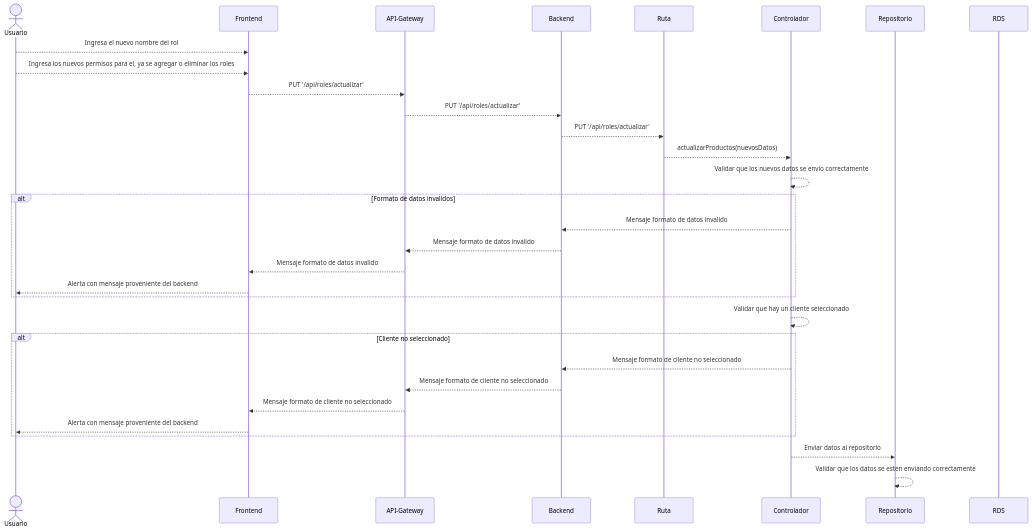
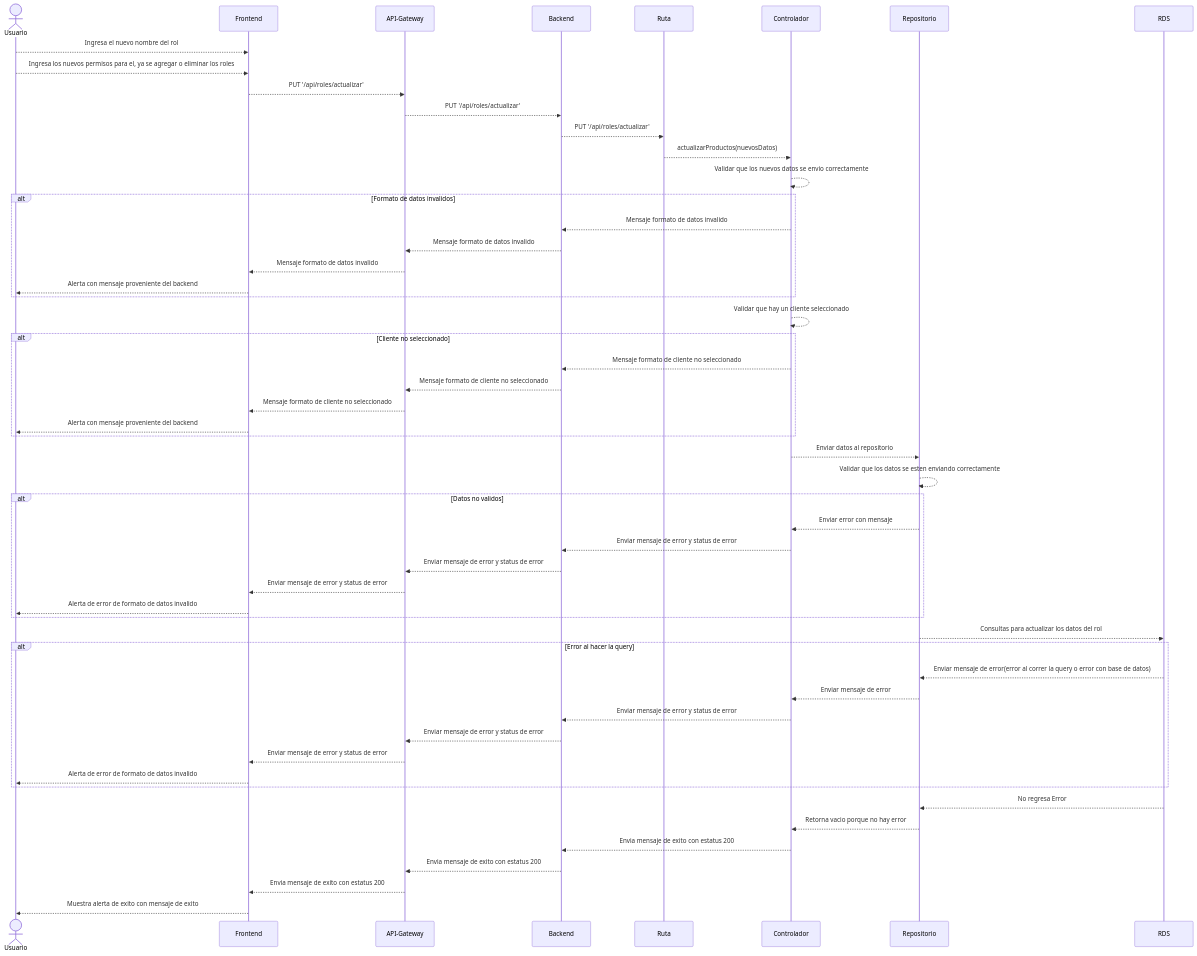
The diagram in documentation/docs/proyectos/textiles/documentacion/requisitos/RF9.md (CodeAnd-Co/Documentacion), drawn with Mermaid before and after one commit. The commit also changed other lines of this file, not shown here.

Commit message:
terminar diagrama de secuecnia RF9

````diff
--- a/documentation/docs/proyectos/textiles/documentacion/requisitos/RF9.md
+++ b/documentation/docs/proyectos/textiles/documentacion/requisitos/RF9.md
@@ -30,48 +30,75 @@
 ```mermaid
 
 sequenceDiagram
     actor Usuario
     
     participant frontend as Frontend
     participant api_gateway as API-Gateway
     participant backend as Backend
     participant ruta as Ruta
     participant controlador as Controlador
     participant repositorio as Repositorio
     participant rds as RDS
     
     
     Usuario -->> frontend: Ingresa el nuevo nombre del rol
     Usuario -->> frontend: Ingresa los nuevos permisos para el, ya se agregar o eliminar los roles
     
     frontend -->> api_gateway: PUT '/api/roles/actualizar'
     
     api_gateway -->> backend:  PUT '/api/roles/actualizar'
     
     backend -->> ruta:  PUT '/api/roles/actualizar'
     
     ruta -->> controlador: actualizarProductos(nuevosDatos)
     
     controlador -->> controlador: Validar que los nuevos datos se envio correctamente
     
     alt Formato de datos invalidos
         controlador -->> backend: Mensaje formato de datos invalido
         backend -->> api_gateway: Mensaje formato de datos invalido
         api_gateway -->> frontend: Mensaje formato de datos invalido
         frontend -->> Usuario: Alerta con mensaje proveniente del backend
     end
     
     controlador -->> controlador: Validar que hay un cliente seleccionado
     
     alt Cliente no seleccionado
         controlador -->> backend: Mensaje formato de cliente no seleccionado
         backend -->> api_gateway: Mensaje formato de cliente no seleccionado
         api_gateway -->> frontend: Mensaje formato de cliente no seleccionado
         frontend -->> Usuario: Alerta con mensaje proveniente del backend
     end
     
     controlador -->> repositorio: Enviar datos al repositorio
     
     repositorio -->> repositorio: Validar que los datos se esten enviando correctamente  
 
+    alt Datos no validos
+        repositorio -->> controlador: Enviar error con mensaje
+        controlador -->> backend: Enviar mensaje de error y status de error
+        backend -->> api_gateway: Enviar mensaje de error y status de error
+        api_gateway -->> frontend: Enviar mensaje de error y status de error
+        frontend -->> Usuario: Alerta de error de formato de datos invalido
+    end
+    
+    repositorio -->> rds: Consultas para actualizar los datos del rol
+    
+    alt Error al hacer la query
+        rds -->> repositorio: Enviar mensaje de error(error al correr la query o error con base de datos)
+        repositorio -->> controlador: Enviar mensaje de error
+        controlador -->> backend: Enviar mensaje de error y status de error
+        backend -->> api_gateway: Enviar mensaje de error y status de error
+        api_gateway -->> frontend: Enviar mensaje de error y status de error
+        frontend -->> Usuario: Alerta de error de formato de datos invalido
+    end
+    
+    rds -->> repositorio: No regresa Error
+    repositorio -->> controlador: Retorna vacio porque no hay error
+    controlador -->> backend: Envia mensaje de exito con estatus 200
+    backend -->> api_gateway: Envia mensaje de exito con estatus 200
+    api_gateway -->> frontend: Envia mensaje de exito con estatus 200
+    frontend -->> Usuario: Muestra alerta de exito con mensaje de exito
+
+
 ```
````
